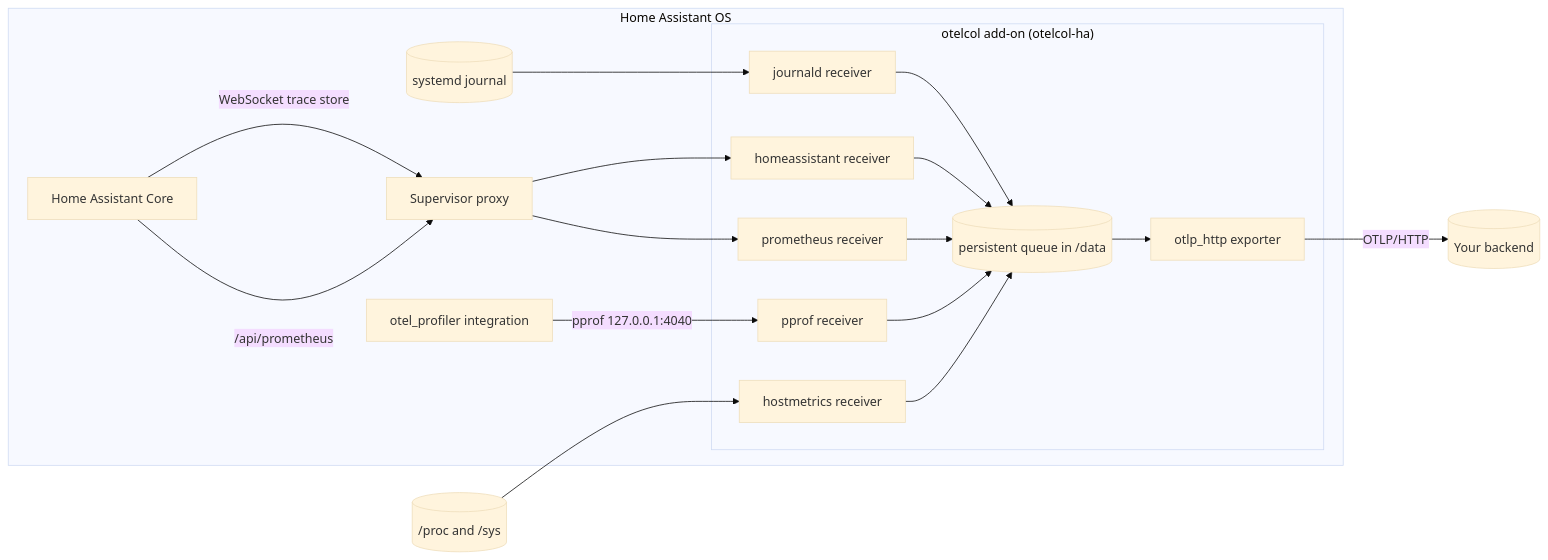
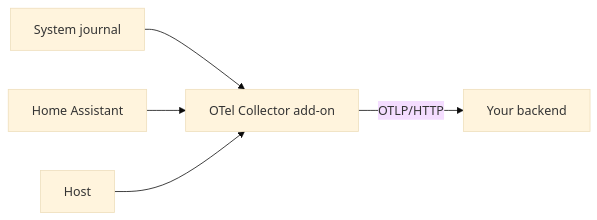
The diagram in README.md (nicolastakashi/ha-addon-otelcol), drawn with Mermaid (base theme) before and after one commit. The commit also changed other lines of this file and 1 other file, not shown here.

Commit message:
README: simple How it works; architecture details in CONTRIBUTING.md

````diff
--- a/README.md
+++ b/README.md
@@ -64,25 +64,7 @@
 ```mermaid
 flowchart LR
-  subgraph HAOS["Home Assistant OS"]
-    J[(systemd journal)]
-    S[Supervisor proxy]
-    C[Home Assistant Core]
-    P[otel_profiler integration]
-    subgraph A["otelcol add-on (otelcol-ha)"]
-      RJ[journald receiver]
-      RH[homeassistant receiver]
-      RP[prometheus receiver]
-      RM[hostmetrics receiver]
-      RF[pprof receiver]
-      Q[(persistent queue in /data)]
-      E[otlp_http exporter]
-    end
-  end
-  J --> RJ
-  C -- WebSocket trace store --> S --> RH
-  C -- /api/prometheus --> S --> RP
-  H[(/proc and /sys)] --> RM
-  P -- pprof 127.0.0.1:4040 --> RF
-  RJ & RH & RP & RM & RF --> Q --> E
-  E -- OTLP/HTTP --> B[(Your backend)]
+  J[System journal] --> A
+  H[Home Assistant] --> A
+  M[Host] --> A
+  A[OTel Collector add-on] -- OTLP/HTTP --> B[Your backend]
 ```
````
